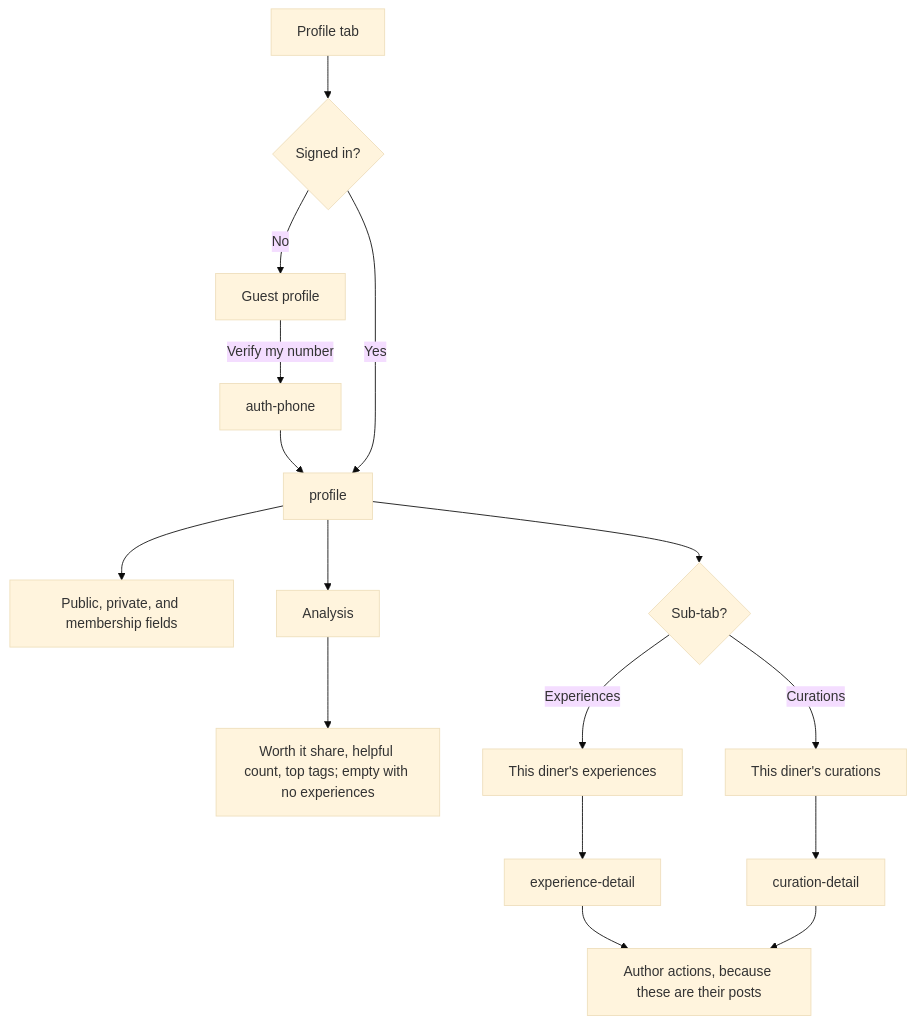
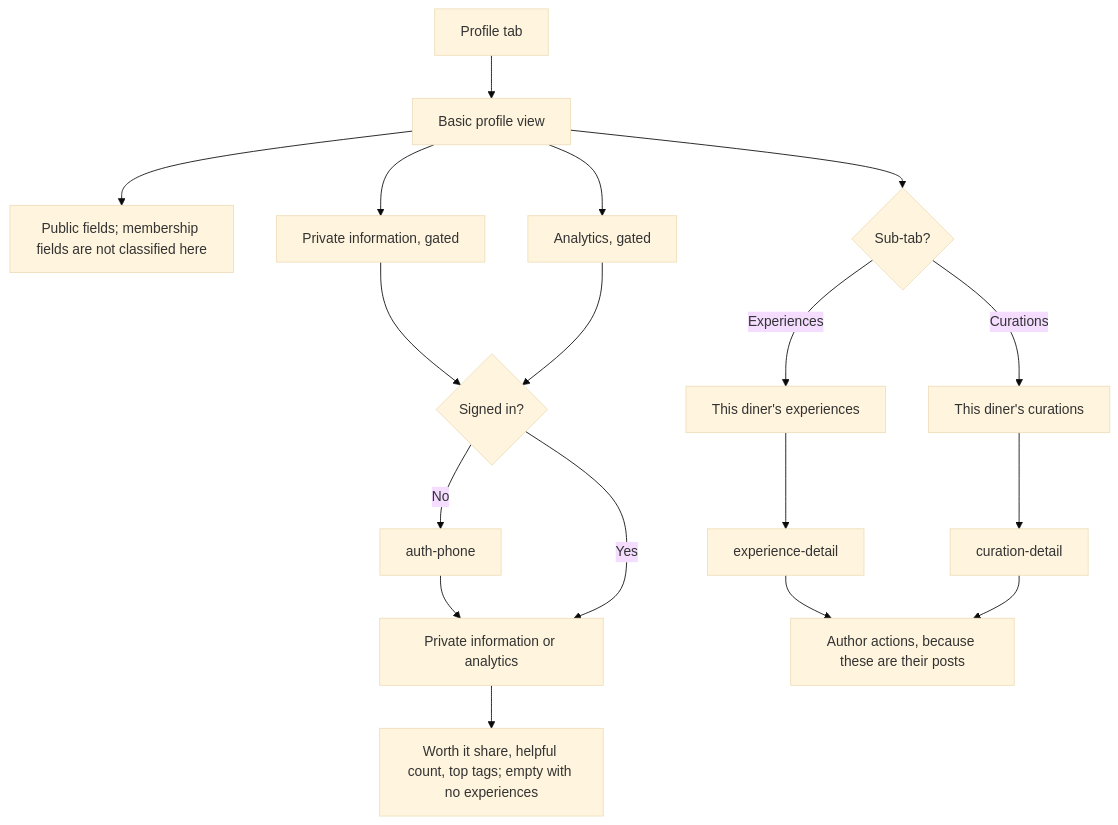
The first of 2 diagrams in product/detail-flows/10-profile-and-social.md (bawra11/elite-product), drawn with Mermaid (base theme) before and after one commit. The commit also changed other lines of this file and 15 other files, not shown here.

````diff
--- a/product/detail-flows/10-profile-and-social.md
+++ b/product/detail-flows/10-profile-and-social.md
@@ -5,20 +7,21 @@
 ```mermaid
 flowchart TD
-  tab["Profile tab"] --> gate{Signed in?}
-  gate -->|No| guestProfile["Guest profile"]
-  guestProfile -->|Verify my number| auth["auth-phone"]
-  auth --> profile
-  gate -->|Yes| profile["profile"]
+  tab["Profile tab"] --> basic["Basic profile view"]
+  basic --> details["Public fields; membership fields are not classified here"]
+  basic --> private["Private information, gated"]
+  basic --> analysis["Analytics, gated"]
+  private --> gate{Signed in?}
+  analysis --> gate
+  gate -->|No| auth["auth-phone"]
+  auth --> shown["Private information or analytics"]
+  gate -->|Yes| shown
+  shown --> metrics["Worth it share, helpful count, top tags; empty with no experiences"]
 
-  profile --> details["Public, private, and membership fields"]
-  profile --> analysis["Analysis"]
-  analysis --> metrics["Worth it share, helpful count, top tags; empty with no experiences"]
-
-  profile --> sub{Sub-tab?}
+  basic --> sub{Sub-tab?}
   sub -->|Experiences| mineExp["This diner's experiences"]
   sub -->|Curations| mineCur["This diner's curations"]
   mineExp --> exp["experience-detail"]
   mineCur --> cur["curation-detail"]
   exp --> own["Author actions, because these are their posts"]
   cur --> own
 ```
````
